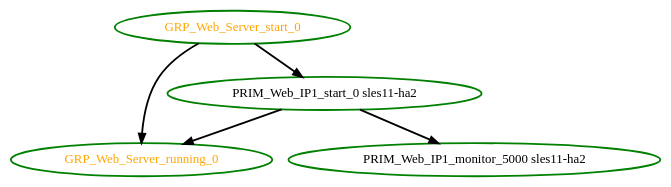
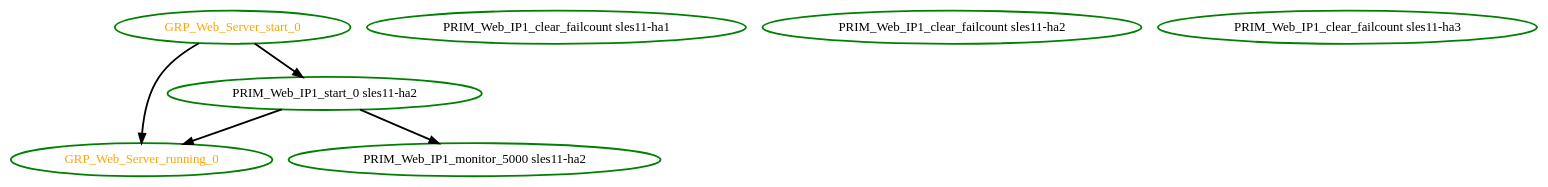
Before and after one commit to ClusterLabs/pacemaker: the diagram in pengine/test10/bnc-515172.dot, drawn with Graphviz. The commit also changed 6 other files, not shown here.

```diff
--- a/pengine/test10/bnc-515172.dot
+++ b/pengine/test10/bnc-515172.dot
@@ -1,10 +1,13 @@
 digraph "g" {
 "GRP_Web_Server_running_0" [ style=bold color="green" fontcolor="orange"  ]
 "GRP_Web_Server_start_0" -> "GRP_Web_Server_running_0" [ style = bold]
 "GRP_Web_Server_start_0" -> "PRIM_Web_IP1_start_0 sles11-ha2" [ style = bold]
 "GRP_Web_Server_start_0" [ style=bold color="green" fontcolor="orange"  ]
+"PRIM_Web_IP1_clear_failcount sles11-ha1" [ style=bold color="green" fontcolor="black"  ]
+"PRIM_Web_IP1_clear_failcount sles11-ha2" [ style=bold color="green" fontcolor="black"  ]
+"PRIM_Web_IP1_clear_failcount sles11-ha3" [ style=bold color="green" fontcolor="black"  ]
 "PRIM_Web_IP1_monitor_5000 sles11-ha2" [ style=bold color="green" fontcolor="black"  ]
 "PRIM_Web_IP1_start_0 sles11-ha2" -> "GRP_Web_Server_running_0" [ style = bold]
 "PRIM_Web_IP1_start_0 sles11-ha2" -> "PRIM_Web_IP1_monitor_5000 sles11-ha2" [ style = bold]
 "PRIM_Web_IP1_start_0 sles11-ha2" [ style=bold color="green" fontcolor="black"  ]
 }
```
